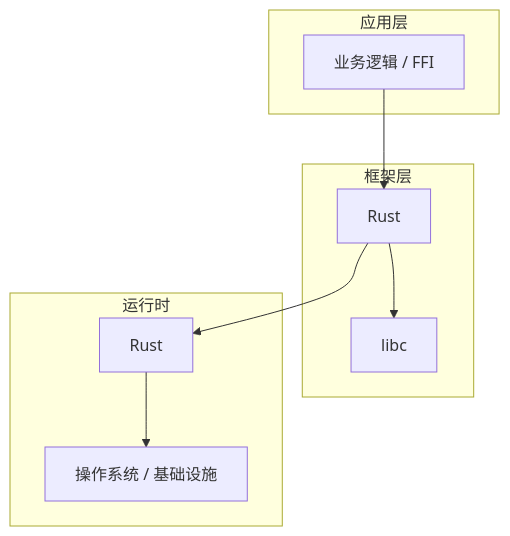
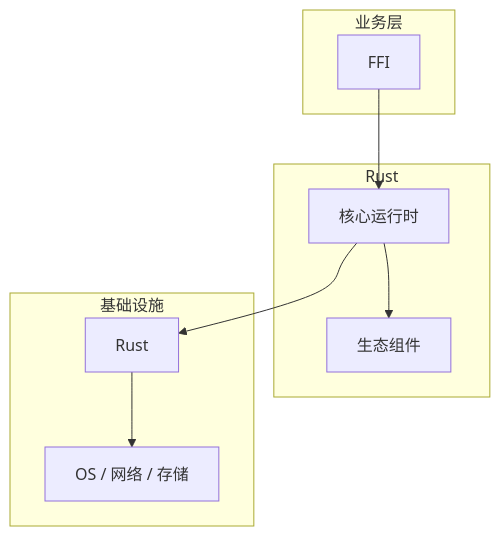
The diagram in articles/Rust系统编程/chapters/026-FFI核心概念与原理.md (yanggan2015/knowledge-json-v2), drawn with Mermaid before and after one commit. The commit also changed other lines of this file and 10127 other files, not shown here.

````diff
--- a/articles/Rust系统编程/chapters/026-FFI核心概念与原理.md
+++ b/articles/Rust系统编程/chapters/026-FFI核心概念与原理.md
@@ -45,18 +30,18 @@
 ```mermaid
 graph TB
-    subgraph 应用层
-        A[业务逻辑 / FFI]
+    subgraph 业务层
+        A[FFI]
     end
-    subgraph 框架层
-        B[Rust]
-        C[libc]
+    subgraph Rust
+        B[核心运行时]
+        C[生态组件]
     end
-    subgraph 运行时
+    subgraph 基础设施
         D[Rust]
-        E[操作系统 / 基础设施]
+        E[OS / 网络 / 存储]
     end
     A --> B
     B --> C
     B --> D
     D --> E
 ```
````
